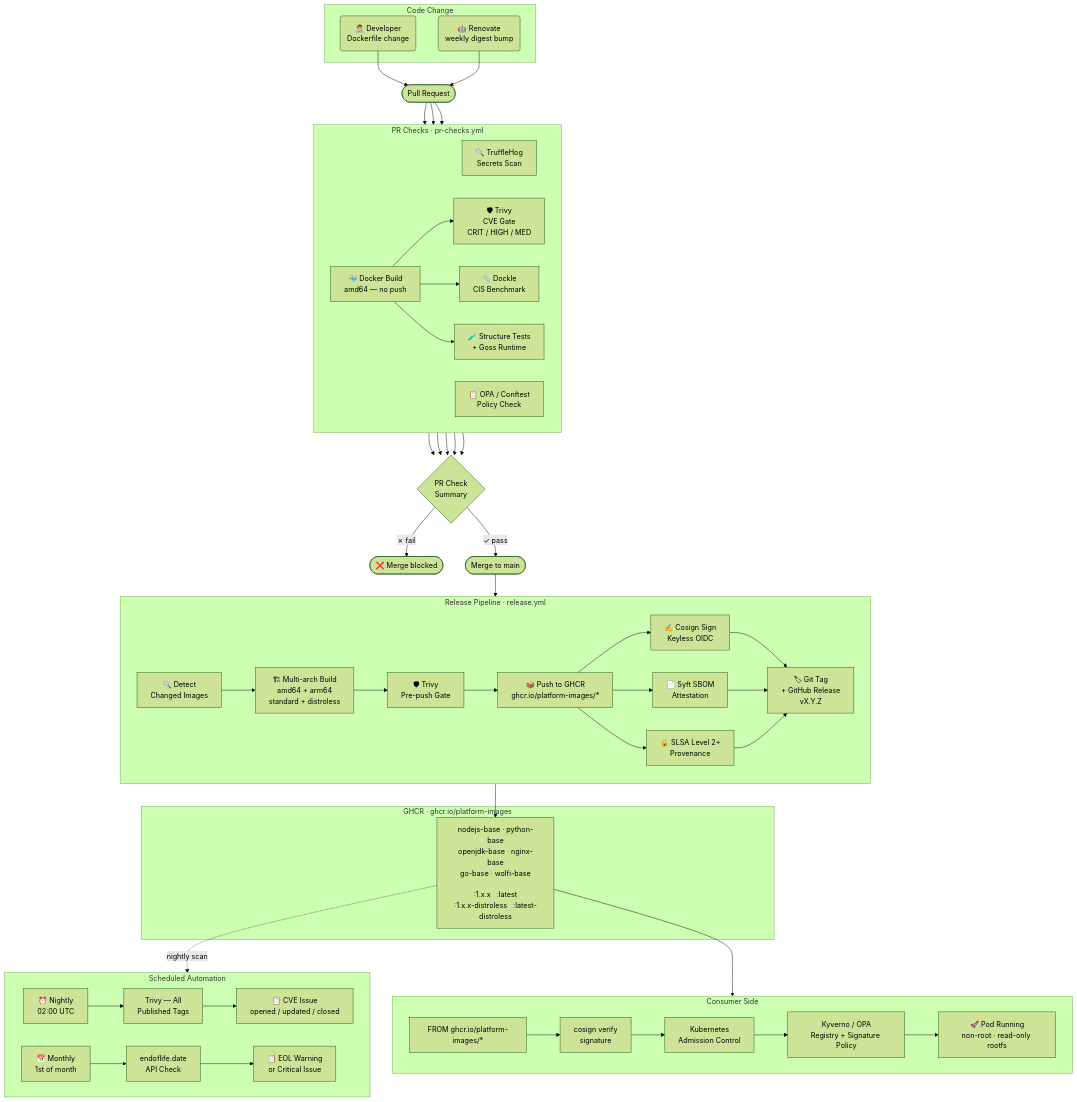
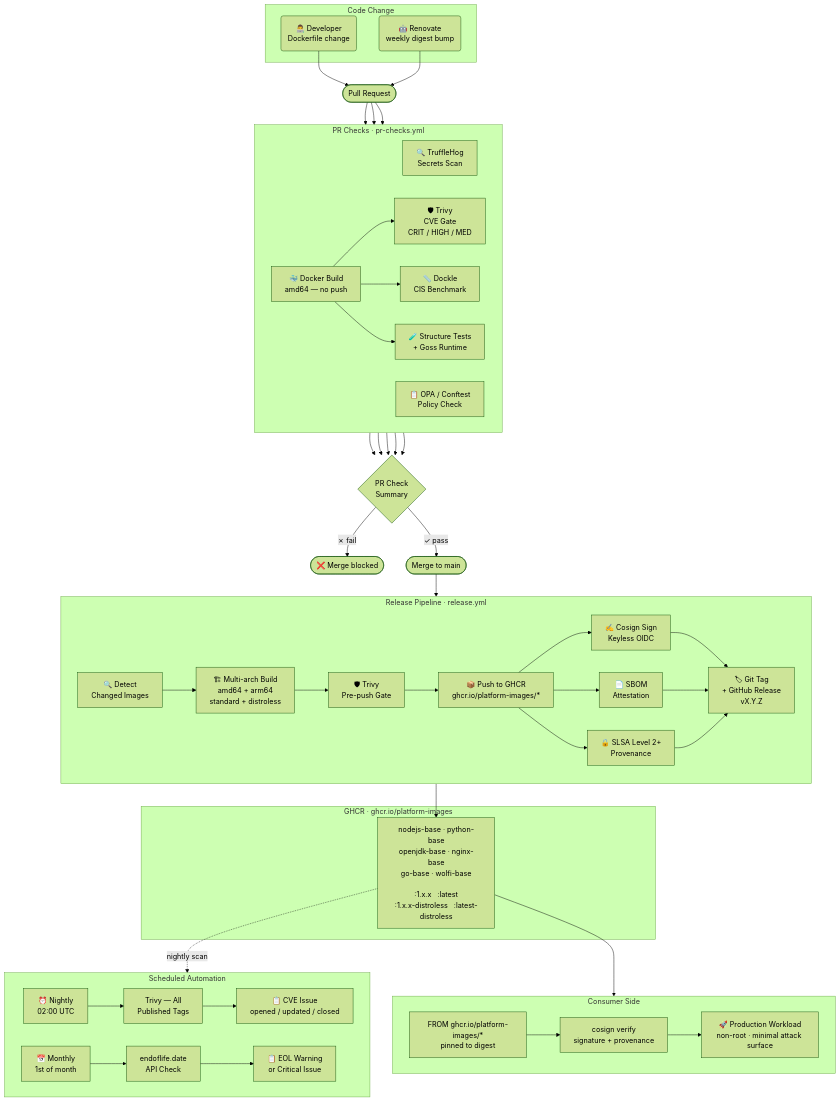
Before and after one commit to platform-images/base-docker-images: the diagram in README.md, drawn with Mermaid (forest theme). The commit also changed other lines of this file, not shown here.

Commit message:
docs: fix architecture diagram accuracy
- Remove Kubernetes/Kyverno/OPA/Pod nodes from consumer side — those
  are reference examples in examples/admission/, not active components
- Update consumer side to reflect what this repo actually provides:
  a verified, signed image ready for any workload
- Relabel Syft SBOM node to SBOM Attestation (now via actions/attest-sbom)
- Update intro sentence to remove Kubernetes-specific claim

````diff
--- a/README.md
+++ b/README.md
@@ -17,81 +17,79 @@
 ```mermaid
 flowchart TD
     subgraph SRC["  Code Change  "]
         DEV("👨‍💻 Developer\nDockerfile change")
         BOT("🤖 Renovate\nweekly digest bump")
     end
 
     DEV --> PR
     BOT --> PR
 
     PR(["Pull Request"])
 
     subgraph CHECKS["  PR Checks  ·  pr-checks.yml  "]
         direction LR
         A1["🔍 TruffleHog\nSecrets Scan"]
         A2["📋 OPA / Conftest\nPolicy Check"]
         A3["🐳 Docker Build\namd64 — no push"]
         A4["🛡 Trivy\nCVE Gate\nCRIT / HIGH / MED"]
         A5["📏 Dockle\nCIS Benchmark"]
         A6["🧪 Structure Tests\n+ Goss Runtime"]
         A3 --> A4
         A3 --> A5
         A3 --> A6
     end
 
     PR --> A1 & A2 & A3
 
     A1 & A2 & A4 & A5 & A6 --> GATE{"PR Check\nSummary"}
 
     GATE -- "✗  fail" --> BLOCK(["❌ Merge blocked"])
     GATE -- "✓  pass" --> MERGE(["Merge to main"])
 
     subgraph RELEASE["  Release Pipeline  ·  release.yml  "]
         direction LR
         R1["🔍 Detect\nChanged Images"]
         R2["🏗 Multi-arch Build\namd64 + arm64\nstandard + distroless"]
         R3["🛡 Trivy\nPre-push Gate"]
         R4["📦 Push to GHCR\nghcr.io/platform-images/*"]
         R5["✍️ Cosign Sign\nKeyless OIDC"]
-        R6["📄 Syft SBOM\nAttestation"]
+        R6["📄 SBOM\nAttestation"]
         R7["🔒 SLSA Level 2+\nProvenance"]
         R8["🏷 Git Tag\n+ GitHub Release\nvX.Y.Z"]
         R1 --> R2 --> R3 --> R4
         R4 --> R5 & R6 & R7
         R5 & R6 & R7 --> R8
     end
 
     MERGE --> R1
 
     subgraph REGISTRY["  GHCR  ·  ghcr.io/platform-images  "]
         IMG["nodejs-base · python-base\nopenjdk-base · nginx-base\ngo-base · wolfi-base\n\n:1.x.x   :latest\n:1.x.x-distroless   :latest-distroless"]
     end
 
     R8 --> IMG
 
     subgraph CONSUMER["  Consumer Side  "]
         direction LR
-        C1["FROM ghcr.io/platform-images/*"]
-        C2["cosign verify\nsignature"]
-        C3["Kubernetes\nAdmission Control"]
-        C4["Kyverno / OPA\nRegistry + Signature Policy"]
-        C5["🚀 Pod Running\nnon-root · read-only rootfs"]
-        C1 --> C2 --> C3 --> C4 --> C5
+        C1["FROM ghcr.io/platform-images/*\npinned to digest"]
+        C2["cosign verify\nsignature + provenance"]
+        C3["🚀 Production Workload\nnon-root · minimal attack surface"]
+        C1 --> C2 --> C3
     end
 
     IMG --> C1
 
     subgraph AUTO["  Scheduled Automation  "]
         direction LR
         N1["⏰ Nightly\n02:00 UTC"]
         N2["Trivy — All\nPublished Tags"]
         N3["📋 CVE Issue\nopened / updated / closed"]
         M1["📅 Monthly\n1st of month"]
         M2["endoflife.date\nAPI Check"]
         M3["📋 EOL Warning\nor Critical Issue"]
         N1 --> N2 --> N3
         M1 --> M2 --> M3
     end
 
     IMG -.->|nightly scan| N2
 ```
````
